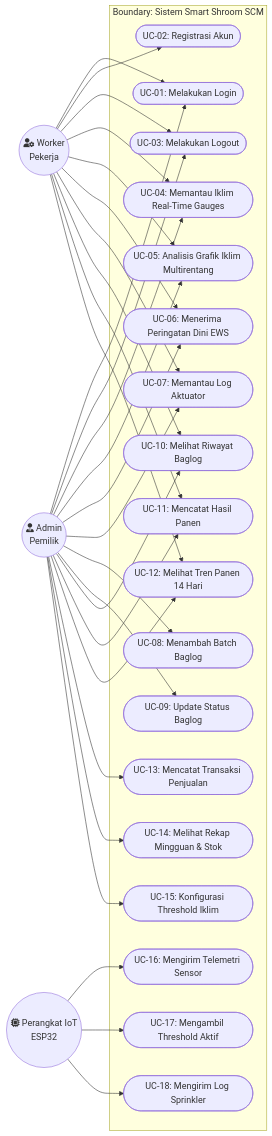
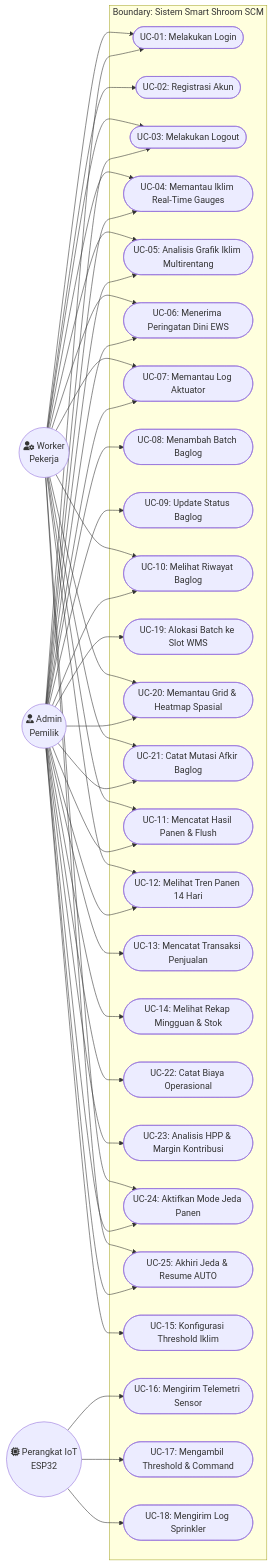
The diagram in docs/use_case.md (Kaz0342/TA), drawn with Mermaid before and after one commit. The commit also changed other lines of this file and 9 other files, not shown here.

```diff
--- a/docs/use_case.md
+++ b/docs/use_case.md
@@ -88,17 +99,30 @@
         UC08([UC-08: Menambah Batch Baglog])
         UC09([UC-09: Update Status Baglog])
         UC10([UC-10: Melihat Riwayat Baglog])
+        UC19([UC-19: Alokasi Batch ke Slot WMS])
+        UC20([UC-20: Memantau Grid & Heatmap Spasial])
 
         %% Modul D
-        UC11([UC-11: Mencatat Hasil Panen])
+        UC21([UC-21: Catat Mutasi Afkir Baglog])
+
+        %% Modul E
+        UC11([UC-11: Mencatat Hasil Panen & Flush])
         UC12([UC-12: Melihat Tren Panen 14 Hari])
         UC13([UC-13: Mencatat Transaksi Penjualan])
         UC14([UC-14: Melihat Rekap Mingguan & Stok])
 
-        %% Modul E
+        %% Modul F
+        UC22([UC-22: Catat Biaya Operasional])
+        UC23([UC-23: Analisis HPP & Margin Kontribusi])
+
+        %% Modul G
+        UC24([UC-24: Aktifkan Mode Jeda Panen])
+        UC25([UC-25: Akhiri Jeda & Resume AUTO])
+
+        %% Modul H
         UC15([UC-15: Konfigurasi Threshold Iklim])
         UC16([UC-16: Mengirim Telemetri Sensor])
-        UC17([UC-17: Mengambil Threshold Aktif])
+        UC17([UC-17: Mengambil Threshold & Command])
         UC18([UC-18: Mengirim Log Sprinkler])
     end
 
@@ -117,6 +141,13 @@
     Admin --> UC13
     Admin --> UC14
     Admin --> UC15
+    Admin --> UC19
+    Admin --> UC20
+    Admin --> UC21
+    Admin --> UC22
+    Admin --> UC23
+    Admin --> UC24
+    Admin --> UC25
 
     %% Relasi Worker
     Worker --> UC01
@@ -129,6 +160,10 @@
     Worker --> UC10
     Worker --> UC11
     Worker --> UC12
+    Worker --> UC20
+    Worker --> UC21
+    Worker --> UC24
+    Worker --> UC25
 
     %% Relasi Perangkat IoT
     IoTDevice --> UC16
```
